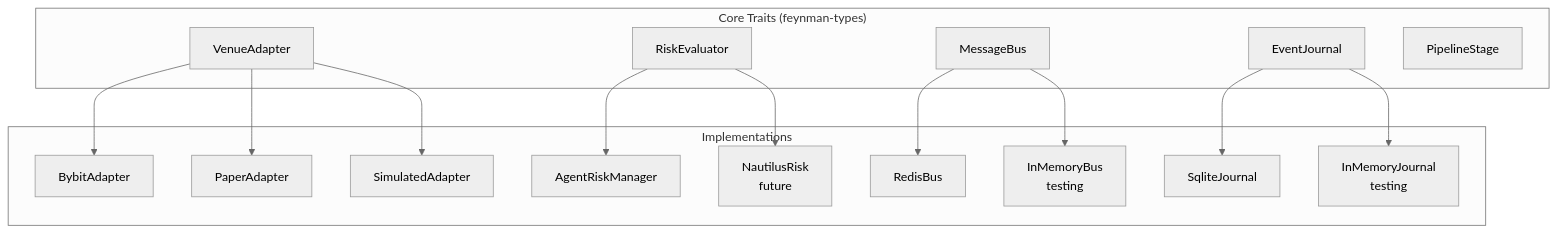
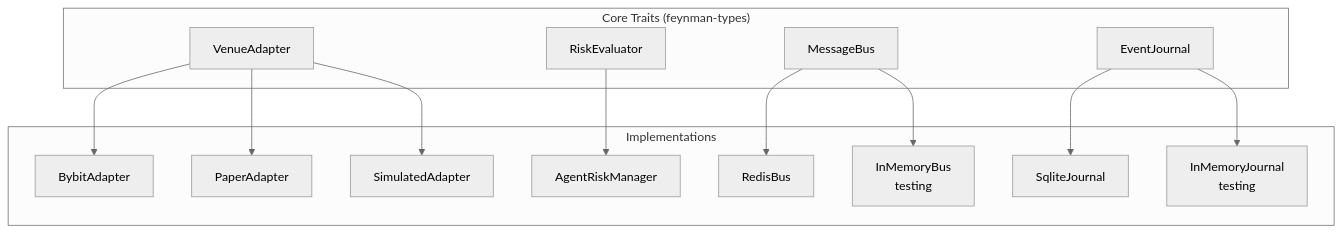
The first of 6 diagrams in docs/CONTRACTS.md (investlink-ai/feynman-engine), drawn with Mermaid (neutral theme) before and after one commit. The commit also changed other lines of this file and 48 other files, not shown here.

````diff
--- a/docs/CONTRACTS.md
+++ b/docs/CONTRACTS.md
@@ -12,22 +12,20 @@
 ```mermaid
 graph TD
     subgraph Core["Core Traits (feynman-types)"]
         VA[VenueAdapter]
         RE[RiskEvaluator]
         MB[MessageBus]
         JE[EventJournal]
-        PS[PipelineStage]
     end
 
     subgraph Impl["Implementations"]
         VA --> BYBIT[BybitAdapter]
         VA --> PAPER[PaperAdapter]
         VA --> SIM[SimulatedAdapter]
         RE --> ARM[AgentRiskManager]
-        RE --> NR[NautilusRisk<br/>future]
         MB --> REDIS[RedisBus]
         MB --> MEM[InMemoryBus<br/>testing]
         JE --> SQLJ[SqliteJournal]
         JE --> MEMJ[InMemoryJournal<br/>testing]
     end
 ```
````
